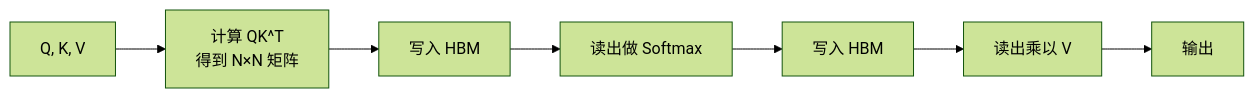
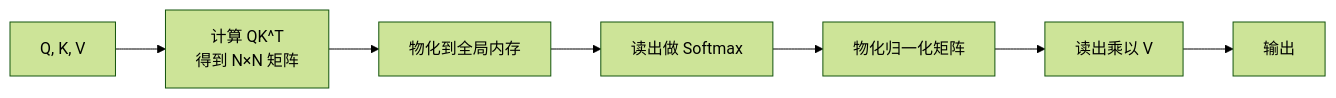
Before and after one commit to AI-learning-simple/Build-Your-Own-LLM: the fourth of 4 diagrams in 2. Alignment 与训练工程/9. 图形处理器（GPU）基础与算子——训练与推理的硬件基础.md, drawn with Mermaid (forest theme). The commit also changed other lines of this file and 88 other files, not shown here.

````diff
--- a/2. Alignment 与训练工程/9. 图形处理器（GPU）基础与算子——训练与推理的硬件基础.md
+++ b/2. Alignment 与训练工程/9. 图形处理器（GPU）基础与算子——训练与推理的硬件基础.md
@@ -197,4 +201,4 @@
 ```mermaid
 flowchart LR
-    A["Q, K, V"] --> B["计算 QK^T<br/>得到 N×N 矩阵"] --> C["写入 HBM"] --> D["读出做 Softmax"] --> E["写入 HBM"] --> F["读出乘以 V"] --> G["输出"]
+    A["Q, K, V"] --> B["计算 QK^T<br/>得到 N×N 矩阵"] --> C["物化到全局内存"] --> D["读出做 Softmax"] --> E["物化归一化矩阵"] --> F["读出乘以 V"] --> G["输出"]
 ```
````
